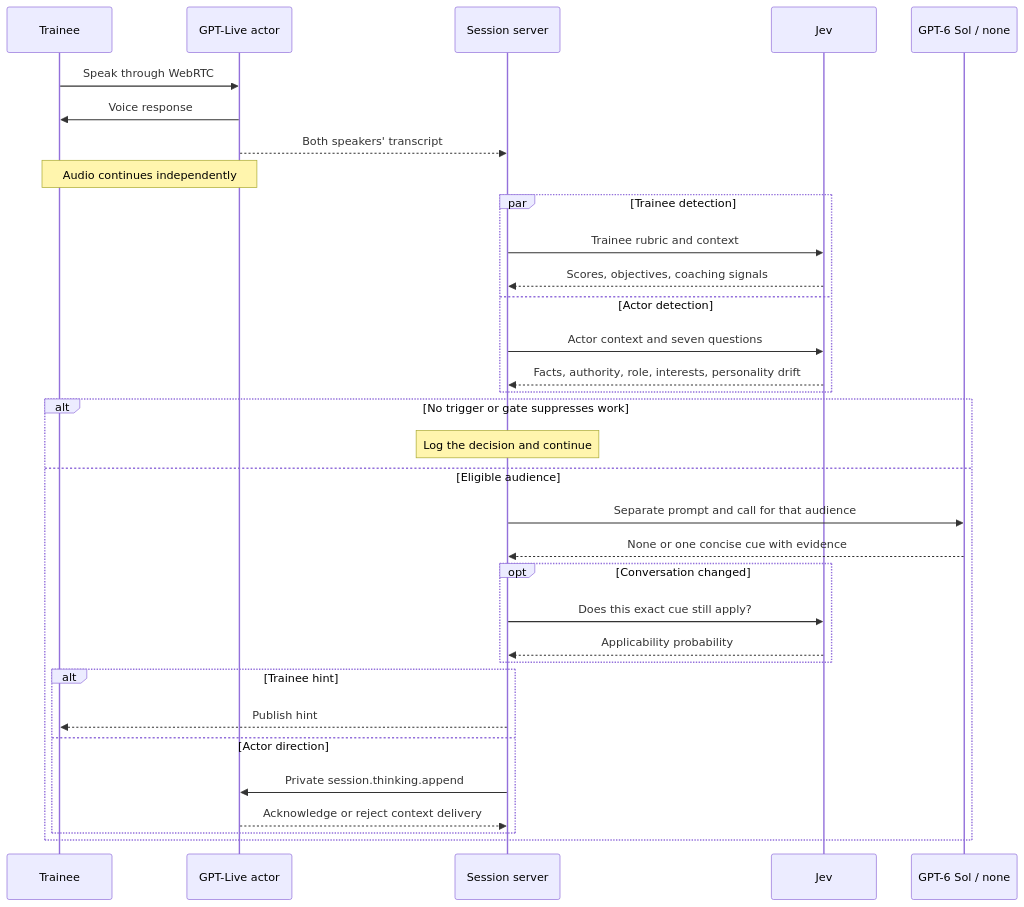
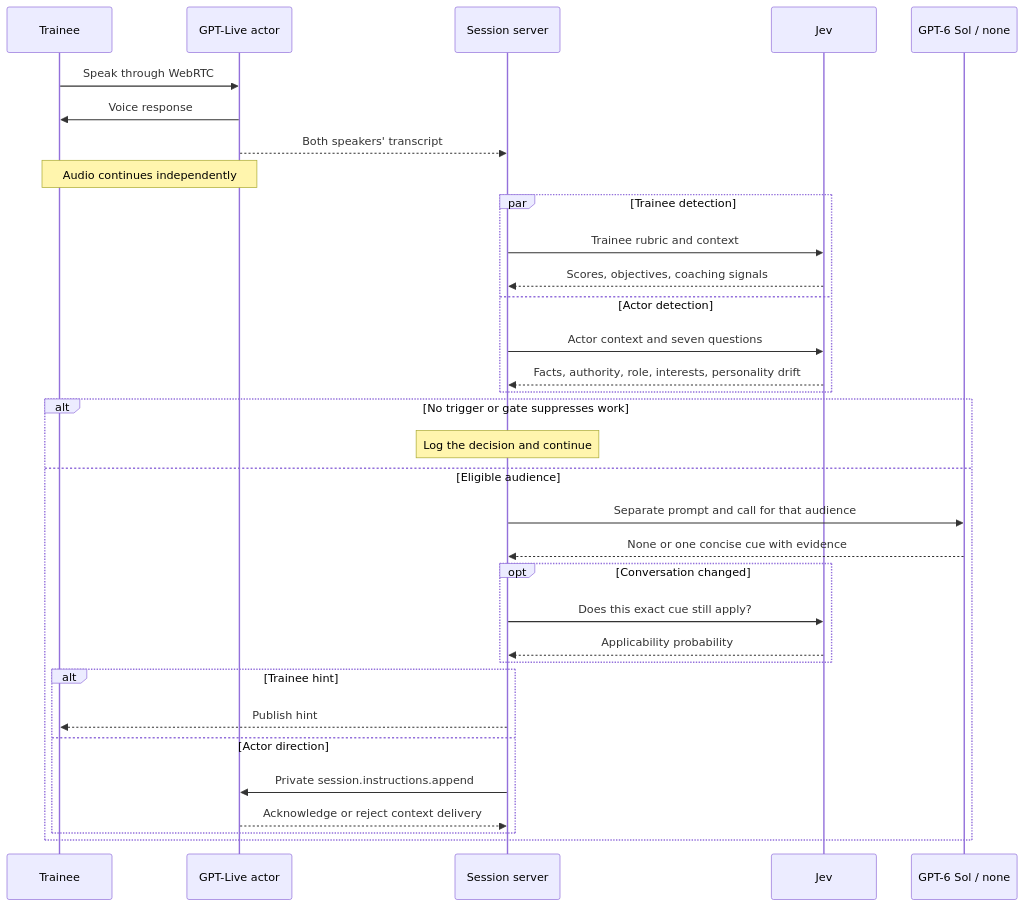
The diagram in docs/solutioning/simulator-contextual-director-plan.md (DroopyTersen/out-of-character), drawn with Mermaid before and after one commit. The commit also changed other lines of this file and 7 other files, not shown here.

````diff
--- a/docs/solutioning/simulator-contextual-director-plan.md
+++ b/docs/solutioning/simulator-contextual-director-plan.md
@@ -9,35 +9,35 @@
 ```mermaid
 sequenceDiagram
     participant U as Trainee
     participant V as GPT-Live actor
     participant S as Session server
     participant J as Jev
     participant D as GPT-6 Sol / none
     U->>V: Speak through WebRTC
     V->>U: Voice response
     V-->>S: Both speakers' transcript
     Note over U,V: Audio continues independently
     par Trainee detection
         S->>J: Trainee rubric and context
         J-->>S: Scores, objectives, coaching signals
     and Actor detection
         S->>J: Actor context and seven questions
         J-->>S: Facts, authority, role, interests, personality drift
     end
     alt No trigger or gate suppresses work
         Note over S: Log the decision and continue
     else Eligible audience
         S->>D: Separate prompt and call for that audience
         D-->>S: None or one concise cue with evidence
         opt Conversation changed
             S->>J: Does this exact cue still apply?
             J-->>S: Applicability probability
         end
         alt Trainee hint
             S-->>U: Publish hint
         else Actor direction
-            S->>V: Private session.thinking.append
+            S->>V: Private session.instructions.append
             V-->>S: Acknowledge or reject context delivery
         end
     end
 ```
````
